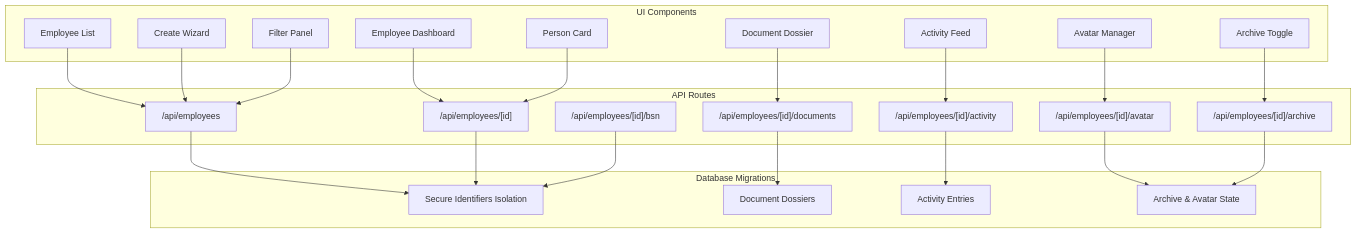
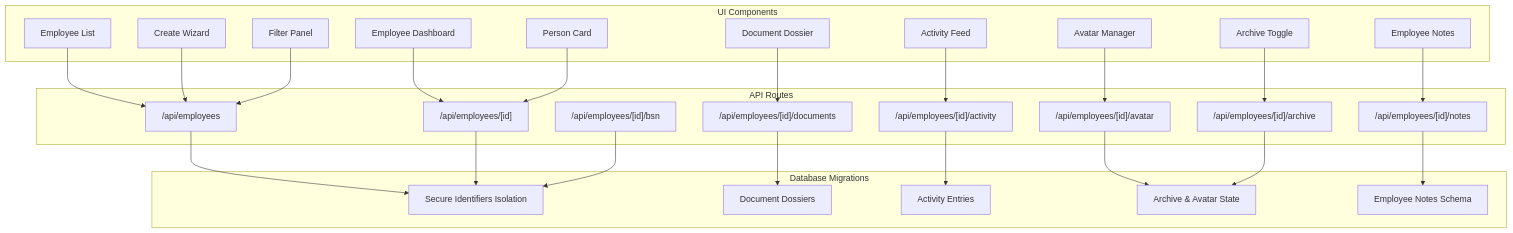
The first of 3 diagrams in .qoder/repowiki/en/content/Core HR Module/Employee Management.md (EdwinCycling/LiquidHR), drawn with Mermaid before and after one commit. The commit also changed other lines of this file and 26 other files, not shown here.

````diff
--- a/.qoder/repowiki/en/content/Core HR Module/Employee Management.md
+++ b/.qoder/repowiki/en/content/Core HR Module/Employee Management.md
@@ -50,45 +61,50 @@
 ```mermaid
 graph TB
 subgraph "UI Components"
 EL["Employee List"]
 CW["Create Wizard"]
 ED["Employee Dashboard"]
 AV["Avatar Manager"]
 AT["Archive Toggle"]
 FP["Filter Panel"]
 PC["Person Card"]
 AF["Activity Feed"]
 DD["Document Dossier"]
+EN["Employee Notes"]
 end
 subgraph "API Routes"
 EAPI["/api/employees"]
 EID["/api/employees/[id]"]
 BSN["/api/employees/[id]/bsn"]
 AVAPI["/api/employees/[id]/avatar"]
 DOC["/api/employees/[id]/documents"]
 ARC["/api/employees/[id]/archive"]
 ACT["/api/employees/[id]/activity"]
+NOTES["/api/employees/[id]/notes"]
 end
 subgraph "Database Migrations"
 SEC["Secure Identifiers Isolation"]
 DOCS["Document Dossiers"]
 ACTM["Activity Entries"]
 ARV["Archive & Avatar State"]
+NOTESDB["Employee Notes Schema"]
 end
 EL --> EAPI
 CW --> EAPI
 ED --> EID
 AV --> AVAPI
 AT --> ARC
 FP --> EAPI
 PC --> EID
 AF --> ACT
 DD --> DOC
+EN --> NOTES
 EAPI --> SEC
 EID --> SEC
 BSN --> SEC
 AVAPI --> ARV
 DOC --> DOCS
 ARC --> ARV
 ACT --> ACTM
+NOTES --> NOTESDB
 ```
````
